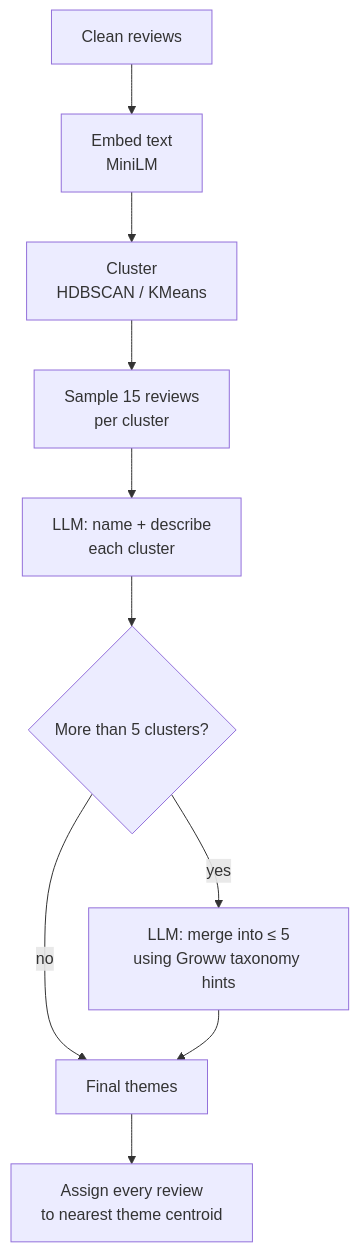
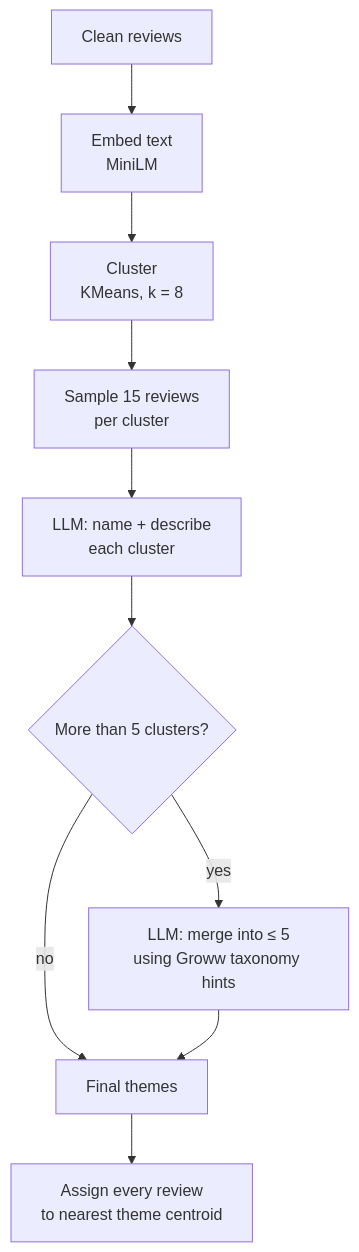
The third of 7 diagrams in doc/architecture.md (sivarajthava/agent-groww-service), drawn with Mermaid before and after one commit. The commit also changed other lines of this file and 13 other files, not shown here.

````diff
--- a/doc/architecture.md
+++ b/doc/architecture.md
@@ -278,12 +278,12 @@
 ```mermaid
 flowchart TD
     A[Clean reviews] --> B[Embed text<br/>MiniLM]
-    B --> C[Cluster<br/>HDBSCAN / KMeans]
+    B --> C[Cluster<br/>KMeans, k = 8]
     C --> D[Sample 15 reviews<br/>per cluster]
     D --> E[LLM: name + describe<br/>each cluster]
     E --> F{More than 5 clusters?}
     F -- yes --> G[LLM: merge into ≤ 5<br/>using Groww taxonomy hints]
     F -- no --> H[Final themes]
     G --> H
     H --> I[Assign every review<br/>to nearest theme centroid]
 ```
````
